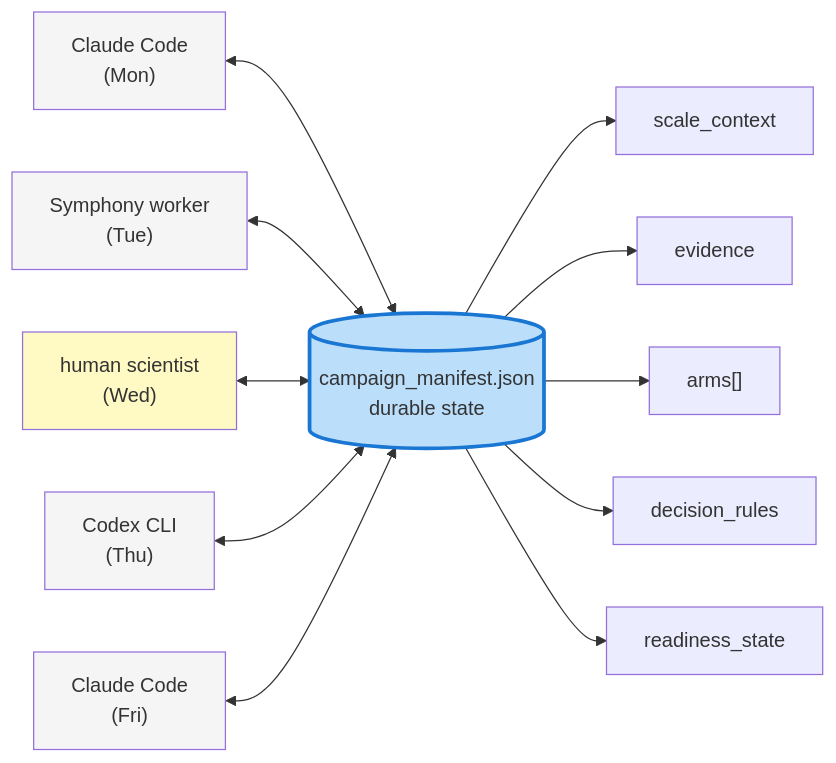
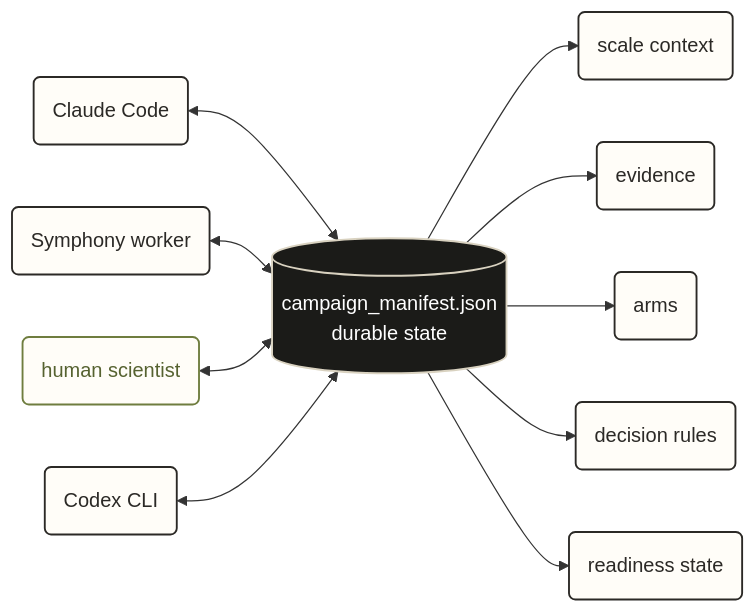
Before and after one commit to BioSymphony/ferm-doe: the sixth of 14 diagrams in README.md, drawn with Mermaid. The commit also changed other lines of this file and 2 other files, not shown here.

First line of the commit message:
Convert README and visual overview diagrams to inline Mermaid

````diff
--- a/README.md
+++ b/README.md
@@ -118,29 +173,20 @@
 ```mermaid
 flowchart LR
-    A1["Claude Code<br/>(Mon)"]
-    A2["Symphony worker<br/>(Tue)"]
-    H["human scientist<br/>(Wed)"]
-    A3["Codex CLI<br/>(Thu)"]
-    A4["Claude Code<br/>(Fri)"]
-
-    M[("campaign_manifest.json<br/>durable state")]
-
-    A1 <--> M
-    A2 <--> M
-    H <--> M
-    A3 <--> M
-    A4 <--> M
-
-    M --> S1["scale_context"]
-    M --> S2["evidence"]
-    M --> S3["arms[]"]
-    M --> S4["decision_rules"]
-    M --> S5["readiness_state"]
-
-    style M fill:#bbdefb,stroke:#1976d2,stroke-width:3px
-    style A1 fill:#f5f5f5
-    style A2 fill:#f5f5f5
-    style A3 fill:#f5f5f5
-    style A4 fill:#f5f5f5
-    style H fill:#fff9c4
+  A1("Claude Code"):::proc
+  A2("Symphony worker"):::proc
+  H("human scientist"):::go
+  A3("Codex CLI"):::proc
+  M[("campaign_manifest.json<br/>durable state")]:::hero
+  A1 <--> M
+  A2 <--> M
+  H <--> M
+  A3 <--> M
+  M --> S1("scale context"):::proc
+  M --> S2("evidence"):::proc
+  M --> S3("arms"):::proc
+  M --> S4("decision rules"):::proc
+  M --> S5("readiness state"):::proc
+  classDef hero fill:#1b1b18,stroke:#d9d2c0,color:#ffffff,stroke-width:1.5px;
+  classDef proc fill:#fffdf8,stroke:#2b2926,color:#2b2926,stroke-width:1.5px;
+  classDef go fill:#fffdf8,stroke:#6f7d3f,color:#566230,stroke-width:1.5px;
 ```
````
